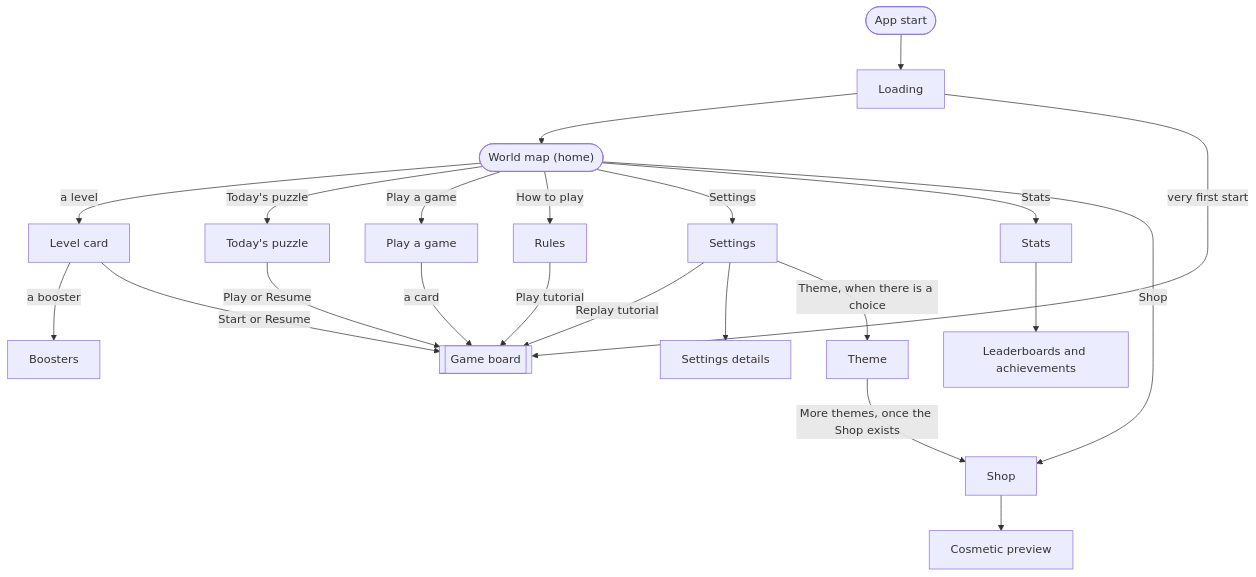
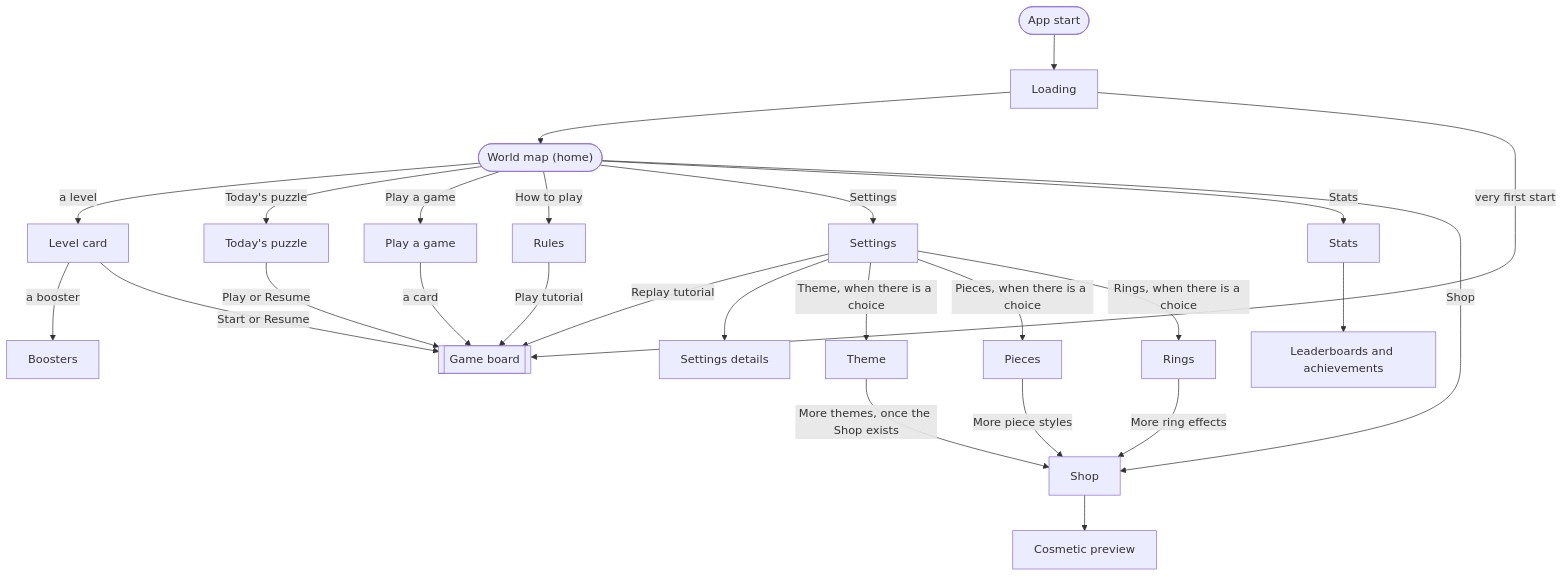
The first of 3 diagrams in docs/design/flows.md (Pavelya/dots), drawn with Mermaid before and after one commit. The commit also changed other lines of this file and 1 other file, not shown here.

First line of the commit message:
D-30 Choosing piece styles and ring effects in Settings (#323)

````diff
--- a/docs/design/flows.md
+++ b/docs/design/flows.md
@@ -32,42 +32,48 @@
 ```mermaid
 flowchart TD
     start(["App start"])
     loading["Loading"]
     map(["World map (home)"])
     card["Level card"]
     boosters["Boosters"]
     daily["Today's puzzle"]
     play["Play a game"]
     rules["Rules"]
     settings["Settings"]
     details["Settings details"]
     theme["Theme"]
+    pieces["Pieces"]
+    rings["Rings"]
     stats["Stats"]
     ranks["Leaderboards and achievements"]
     shop["Shop"]
     preview["Cosmetic preview"]
     board[["Game board"]]
 
     start --> loading
     loading --> map
     loading -->|"very first start"| board
     map -->|"a level"| card
     map -->|"Today's puzzle"| daily
     map -->|"Play a game"| play
     map -->|"How to play"| rules
     map -->|"Settings"| settings
     map -->|"Stats"| stats
     map -->|"Shop"| shop
 
     card -->|"a booster"| boosters
     card -->|"Start or Resume"| board
     daily -->|"Play or Resume"| board
     play -->|"a card"| board
     rules -->|"Play tutorial"| board
     settings -->|"Replay tutorial"| board
     settings --> details
     settings -->|"Theme, when there is a choice"| theme
     theme -->|"More themes, once the Shop exists"| shop
+    settings -->|"Pieces, when there is a choice"| pieces
+    settings -->|"Rings, when there is a choice"| rings
+    pieces -->|"More piece styles"| shop
+    rings -->|"More ring effects"| shop
     stats --> ranks
     shop --> preview
 ```
````
